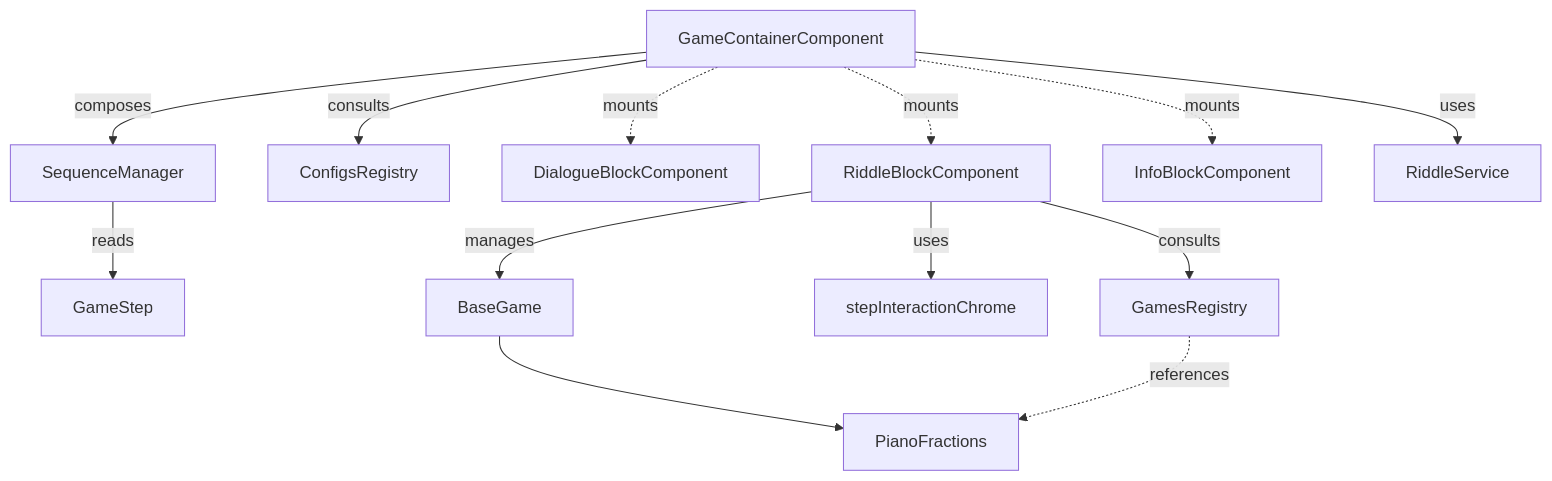
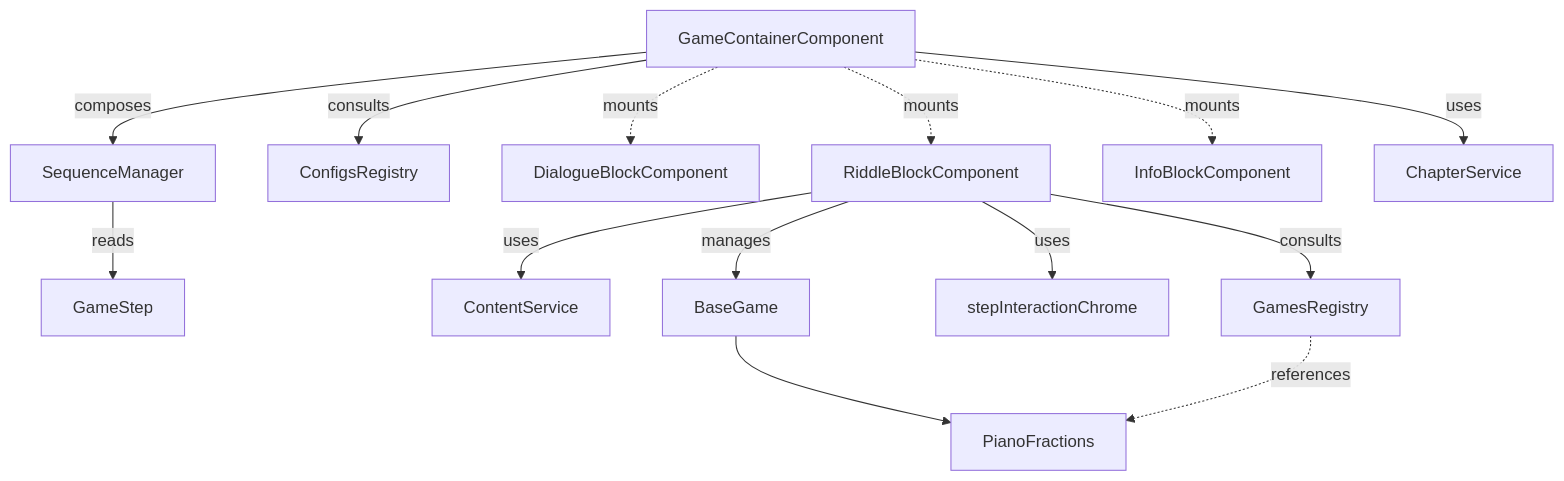
One commit to Vassili-REGNIER/matheopolis changed the diagram in .ai/architecture/frontend/game-engine.md. Above: the diagram before and after it, drawn with Mermaid. The commit also changed other lines of this file and 5 other files, not shown here.

````diff
--- a/.ai/architecture/frontend/game-engine.md
+++ b/.ai/architecture/frontend/game-engine.md
@@ -135,15 +135,16 @@
 ```mermaid
 flowchart TD
   GameContainerComponent -->|composes| SequenceManager
   SequenceManager -->|reads| GameStep
   GameContainerComponent -->|consults| ConfigsRegistry
   GameContainerComponent -.->|mounts| DialogueBlockComponent
   GameContainerComponent -.->|mounts| RiddleBlockComponent
   GameContainerComponent -.->|mounts| InfoBlockComponent
-  GameContainerComponent -->|uses| RiddleService
+  GameContainerComponent -->|uses| ChapterService
+  RiddleBlockComponent -->|uses| ContentService
   RiddleBlockComponent -->|manages| BaseGame
   RiddleBlockComponent -->|uses| stepInteractionChrome
   RiddleBlockComponent -->|consults| GamesRegistry
   BaseGame --> PianoFractions
   GamesRegistry -.->|references| PianoFractions
 ```
````
